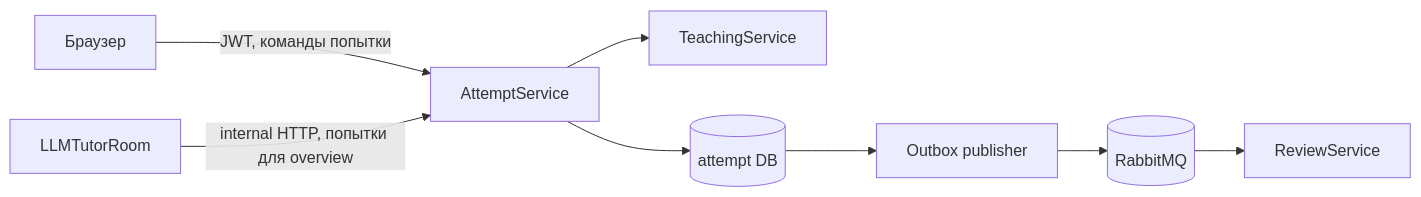
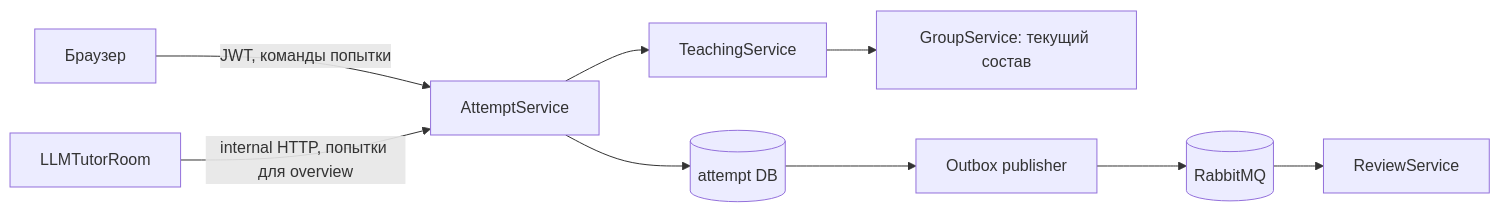
Before and after one commit to KomaMix/LLMTutorRoom: the first of 3 diagrams in docs/attempt-service.md, drawn with Mermaid. The commit also changed other lines of this file and 92 other files, not shown here.

First line of the commit message:
feat(groups): extract group service and enforce live membership

````diff
--- a/docs/attempt-service.md
+++ b/docs/attempt-service.md
@@ -14,10 +15,11 @@
 ```mermaid
 flowchart LR
     Browser[Браузер] -->|JWT, команды попытки| API[AttemptService]
     Room[LLMTutorRoom] -->|internal HTTP, попытки для overview| API
     API --> Teaching[TeachingService]
+    Teaching --> Groups[GroupService: текущий состав]
     API --> Db[(attempt DB)]
     Db --> Outbox[Outbox publisher]
     Outbox --> Rabbit[(RabbitMQ)]
     Rabbit --> Review[ReviewService]
 ```
````
